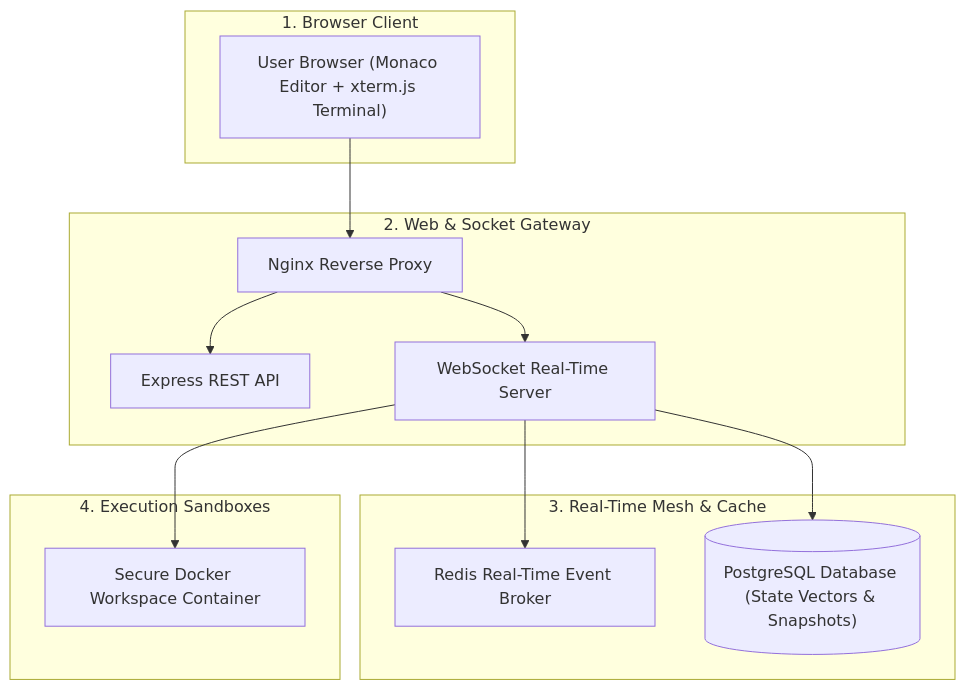
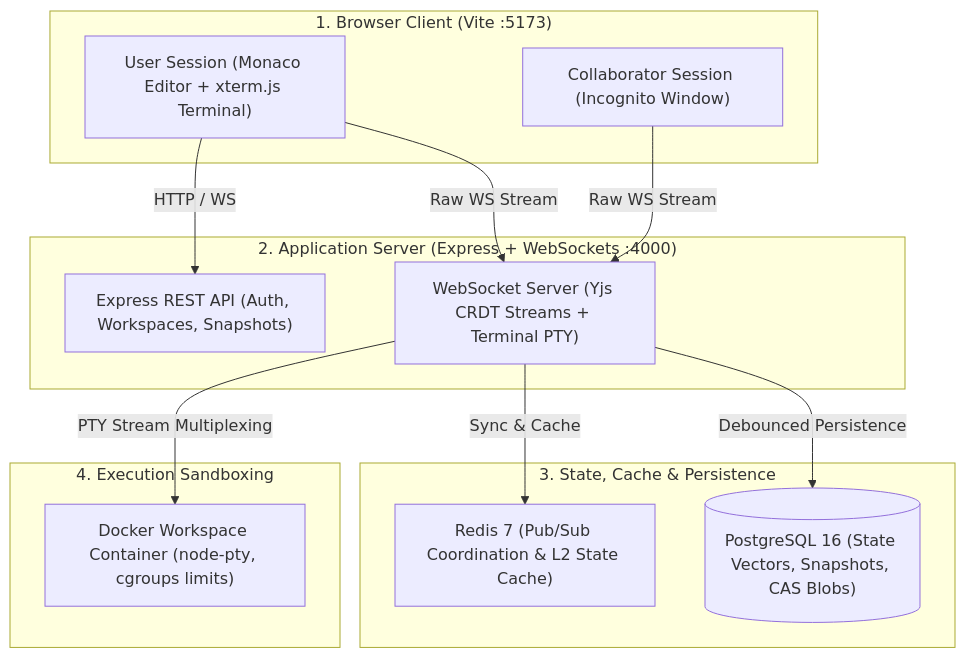
Before and after one commit to AmanKashyapp07/NexusIDE: the diagram in README.md, drawn with Mermaid. The commit also changed other lines of this file, not shown here.

````diff
--- a/README.md
+++ b/README.md
@@ -79,29 +78,29 @@
 ```mermaid
 flowchart TD
-    subgraph BrowserLayer ["1. Browser Client"]
-        Browser["User Browser (Monaco Editor + xterm.js Terminal)"]
+    subgraph BrowserLayer ["1. Browser Client (Vite :5173)"]
+        Browser["User Session (Monaco Editor + xterm.js Terminal)"]
+        Incognito["Collaborator Session (Incognito Window)"]
     end
 
-    subgraph GatewayLayer ["2. Web & Socket Gateway"]
-        Nginx["Nginx Reverse Proxy"]
-        Express["Express REST API"]
-        WSServer["WebSocket Real-Time Server"]
+    subgraph ServerLayer ["2. Application Server (Express + WebSockets :4000)"]
+        Express["Express REST API (Auth, Workspaces, Snapshots)"]
+        WSServer["WebSocket Server (Yjs CRDT Streams + Terminal PTY)"]
     end
 
-    subgraph SyncLayer ["3. Real-Time Mesh & Cache"]
-        RedisMesh["Redis Real-Time Event Broker"]
-        PostgresDB[("PostgreSQL Database (State Vectors & Snapshots)")]
+    subgraph StateLayer ["3. State, Cache & Persistence"]
+        RedisMesh["Redis 7 (Pub/Sub Coordination & L2 State Cache)"]
+        PostgresDB[("PostgreSQL 16 (State Vectors, Snapshots, CAS Blobs)")]
     end
 
-    subgraph SandboxLayer ["4. Execution Sandboxes"]
-        Docker["Secure Docker Workspace Container"]
+    subgraph SandboxLayer ["4. Execution Sandboxing"]
+        Docker["Docker Workspace Container (node-pty, cgroups limits)"]
     end
 
-    Browser --> Nginx
-    Nginx --> Express
-    Nginx --> WSServer
+    Browser -->|HTTP / WS| Express
+    Browser -->|Raw WS Stream| WSServer
+    Incognito -->|Raw WS Stream| WSServer
 
-    WSServer --> RedisMesh
-    WSServer --> PostgresDB
-    WSServer --> Docker
+    WSServer -->|Sync & Cache| RedisMesh
+    WSServer -->|Debounced Persistence| PostgresDB
+    WSServer -->|PTY Stream Multiplexing| Docker
 ```
````
